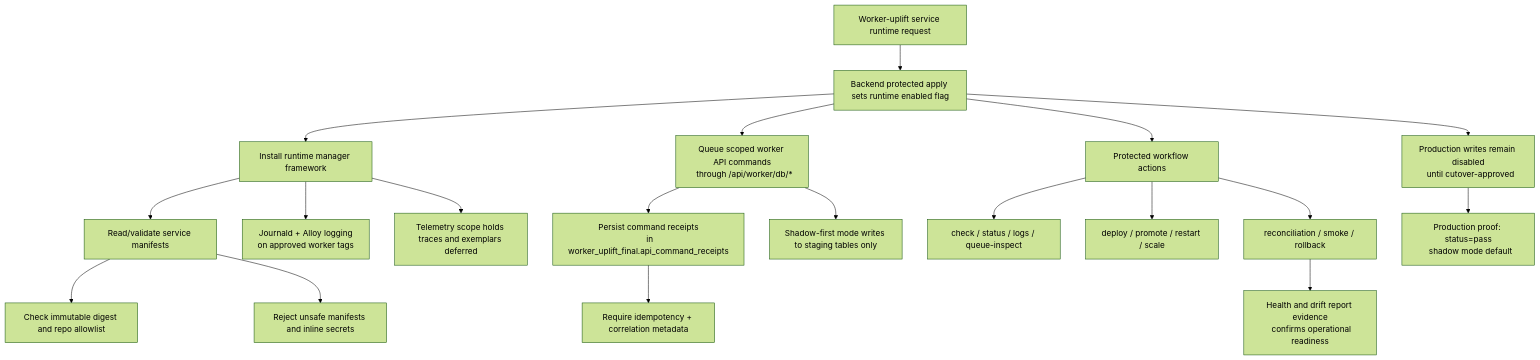
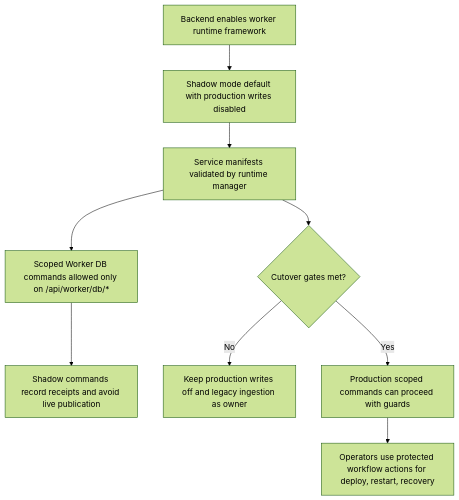
One commit to ramideltoro/nutsnews-docs changed the diagram in diagrams/NUTSNEWS_WORKER_UPLIFT_SERVICE_RUNTIME.mmd. Above: the diagram before and after it, drawn with Mermaid (forest theme). The commit also changed 7 other files, not shown here.

```diff
--- a/diagrams/NUTSNEWS_WORKER_UPLIFT_SERVICE_RUNTIME.mmd
+++ b/diagrams/NUTSNEWS_WORKER_UPLIFT_SERVICE_RUNTIME.mmd
@@ -1,35 +1,16 @@
 flowchart TD
-  accTitle: NutsNews Worker-Uplift Service Runtime
+  accTitle: Worker runtime guardrail flow
   accDescr {
-    Status: implemented for ramideltoro/nutsnews-worker#85 on 2026-07-23.
+    The diagram shows the backend installing the worker runtime in shadow mode, validating
+    manifests, restricting scoped Worker DB commands, and only allowing production actions
+    after cutover gates are met. If the gates are not met, production writes stay off and
+    legacy ingestion remains the owner.
   }
-  A["Worker-uplift service runtime request"] --> B["Backend protected apply sets runtime enabled flag"]
-  B --> C["Install runtime manager framework"]
-
-  C --> D["Read/validate service manifests"]
-  D --> E["Check immutable digest and repo allowlist"]
-  D --> F["Reject unsafe manifests and inline secrets"]
-
-  B --> G["Queue scoped worker API commands
-  through /api/worker/db/*"]
-  G --> H["Persist command receipts"
-  in worker_uplift_final.api_command_receipts]
-  G --> I["Shadow-first mode writes to staging tables only"]
-  H --> J["Require idempotency + correlation metadata"]
-
-  B --> K["Protected workflow actions"]
-  K --> L["check / status / logs / queue-inspect"]
-  K --> M["deploy / promote / restart / scale"]
-  K --> N["reconciliation / smoke / rollback"]
-
-  C --> O["Journald + Alloy logging
-  on approved worker tags"]
-  C --> P["Telemetry scope holds traces and exemplars deferred"]
-
-  N --> Q["Health and drift report evidence
-  confirms operational readiness"]
-
-  B --> R["Production writes remain disabled
-  until cutover-approved"]
-  R --> S["Production proof: status=pass
-  shadow mode default"]
+  A[Backend enables worker runtime framework] --> B[Shadow mode default with production writes disabled]
+  B --> C[Service manifests validated by runtime manager]
+  C --> D[Scoped Worker DB commands allowed only on /api/worker/db/*]
+  D --> E[Shadow commands record receipts and avoid live publication]
+  C --> F{Cutover gates met?}
+  F -- No --> G[Keep production writes off and legacy ingestion as owner]
+  F -- Yes --> H[Production scoped commands can proceed with guards]
+  H --> I[Operators use protected workflow actions for deploy, restart, recovery]
```
